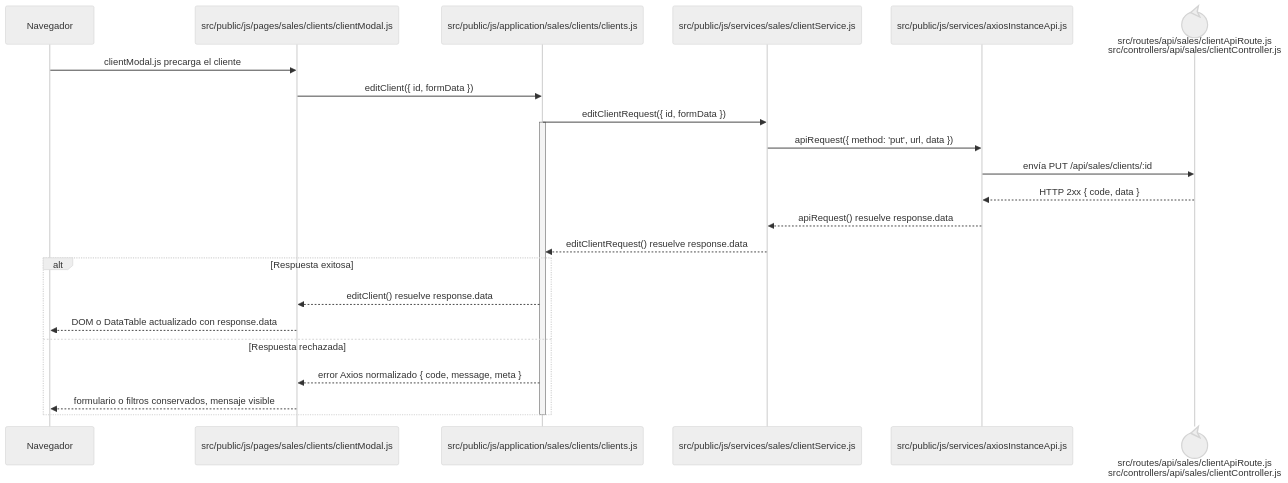
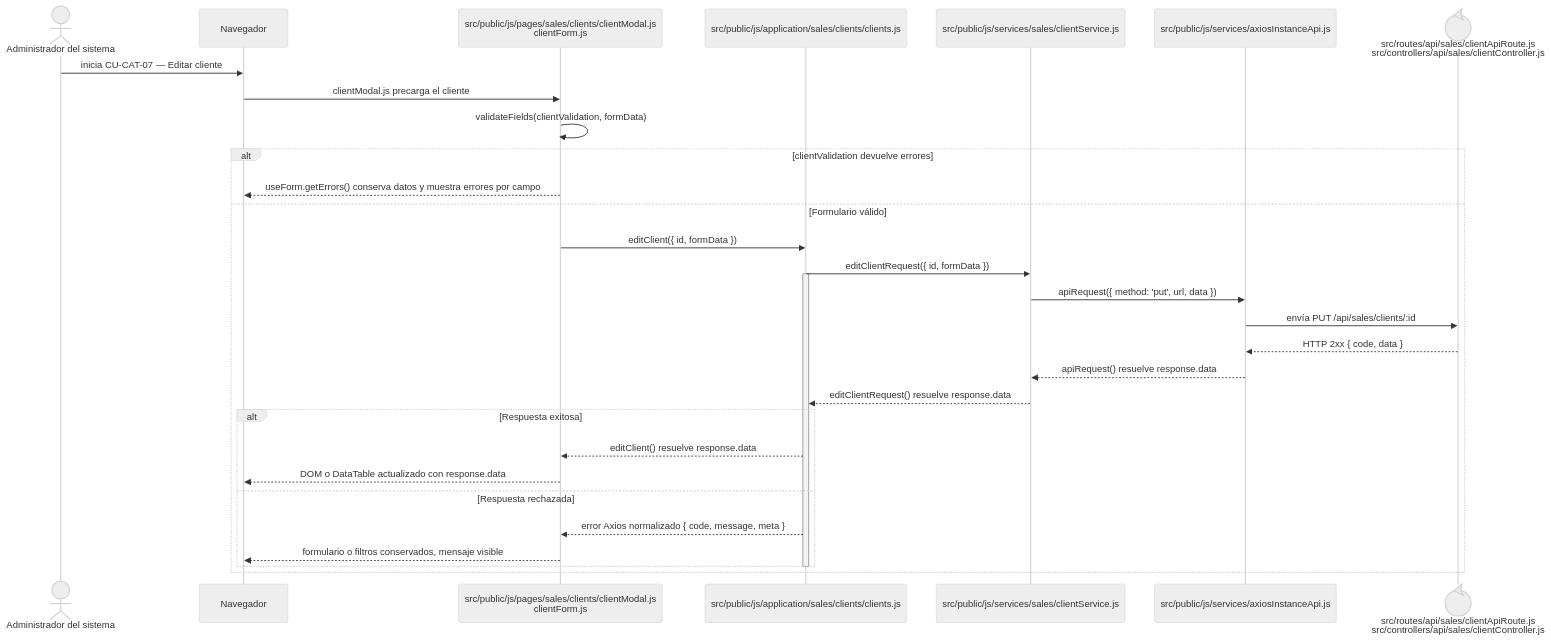
Before and after one commit to gpgsistemas01/nexus: the diagram in docs/architecture/frontend-code-sequences/catalogs/cu-cat-07.md, drawn with Mermaid (neutral theme). The commit also changed 105 other files, not shown here.

````diff
--- a/docs/architecture/frontend-code-sequences/catalogs/cu-cat-07.md
+++ b/docs/architecture/frontend-code-sequences/catalogs/cu-cat-07.md
@@ -6,27 +6,34 @@
 ```mermaid
 sequenceDiagram
+    actor Initiator as Administrador del sistema
     participant Browser as Navegador
-    participant View as src/public/js/pages/sales/clients/clientModal.js
+    participant View as src/public/js/pages/sales/clients/clientModal.js<br/>clientForm.js
     participant Application as src/public/js/application/sales/clients/clients.js
     participant Request as src/public/js/services/sales/clientService.js
     participant HTTP as src/public/js/services/axiosInstanceApi.js
     participant Transport@{ "type": "control" } as src/routes/api/sales/clientApiRoute.js<br/>src/controllers/api/sales/clientController.js
 
+    Initiator->>Browser: inicia CU-CAT-07 — Editar cliente
     Browser->>View: clientModal.js precarga el cliente
-    View->>Application: editClient({ id, formData })
-    Application->>Request: editClientRequest({ id, formData })
-    activate Application
-    Request->>HTTP: apiRequest({ method: 'put', url, data })
-    HTTP->>Transport: envía PUT /api/sales/clients/:id
-    Transport-->>HTTP: HTTP 2xx { code, data }
-    HTTP-->>Request: apiRequest() resuelve response.data
-    Request-->>Application: editClientRequest() resuelve response.data
-    alt Respuesta exitosa
-        Application-->>View: editClient() resuelve response.data
-        View-->>Browser: DOM o DataTable actualizado con response.data
-    else Respuesta rechazada
-        Application-->>View: error Axios normalizado { code, message, meta }
-        View-->>Browser: formulario o filtros conservados, mensaje visible
+    View->>View: validateFields(clientValidation, formData)
+    alt clientValidation devuelve errores
+        View-->>Browser: useForm.getErrors() conserva datos y muestra errores por campo
+    else Formulario válido
+        View->>Application: editClient({ id, formData })
+        Application->>Request: editClientRequest({ id, formData })
+        activate Application
+        Request->>HTTP: apiRequest({ method: 'put', url, data })
+        HTTP->>Transport: envía PUT /api/sales/clients/:id
+        Transport-->>HTTP: HTTP 2xx { code, data }
+        HTTP-->>Request: apiRequest() resuelve response.data
+        Request-->>Application: editClientRequest() resuelve response.data
+        alt Respuesta exitosa
+            Application-->>View: editClient() resuelve response.data
+            View-->>Browser: DOM o DataTable actualizado con response.data
+        else Respuesta rechazada
+            Application-->>View: error Axios normalizado { code, message, meta }
+            View-->>Browser: formulario o filtros conservados, mensaje visible
+        end
+        deactivate Application
     end
-    deactivate Application
 ```
````
